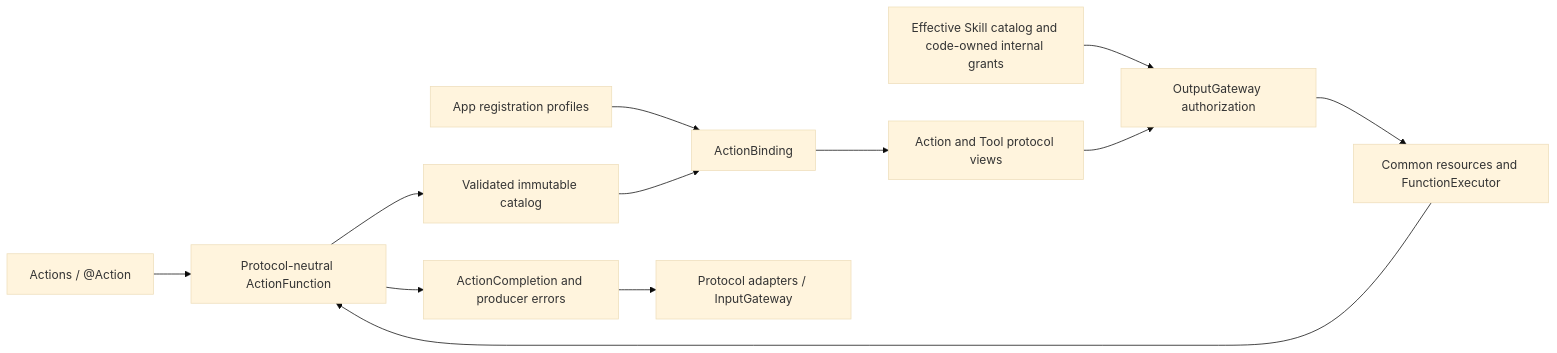
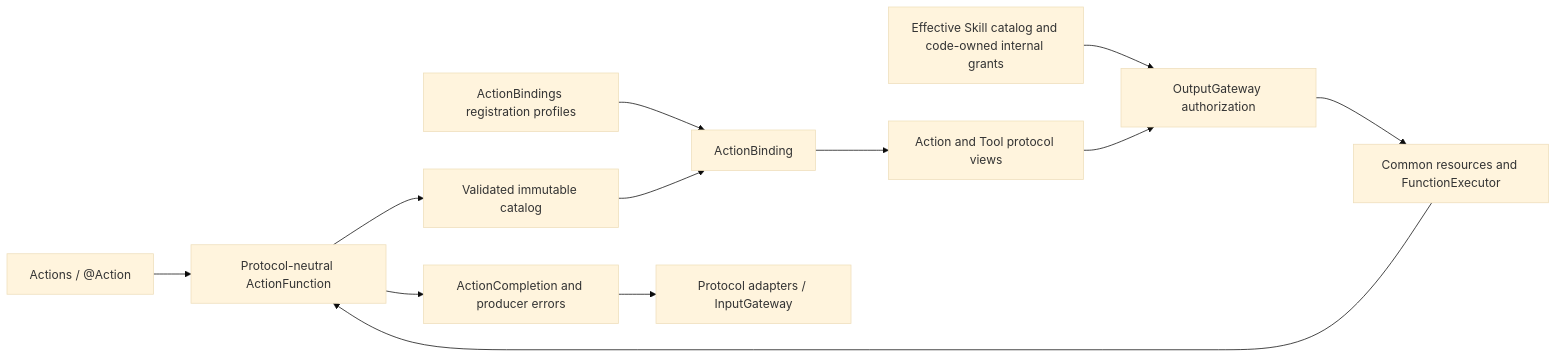
The eighth of 32 diagrams in MobileHarness/README.md (devilyouwei/MobileHarness), drawn with Mermaid (base theme) before and after one commit. The commit also changed other lines of this file and 254 other files, not shown here.

First line of the commit message:
refactor: isolate app composition and module bindings

````diff
--- a/MobileHarness/README.md
+++ b/MobileHarness/README.md
@@ -596,14 +560,14 @@
 ```mermaid
 flowchart LR
     Source["Actions / @Action"] --> Function[Protocol-neutral ActionFunction]
     Function --> Catalog[Validated immutable catalog]
-    Host[App registration profiles] --> Binding[ActionBinding]
+    Host[ActionBindings registration profiles] --> Binding[ActionBinding]
     Catalog --> Binding
     Binding --> Registry[Action and Tool protocol views]
     Grants[Effective Skill catalog and code-owned internal grants] --> Gateway[OutputGateway authorization]
     Registry --> Gateway
     Gateway --> Execute[Common resources and FunctionExecutor]
     Execute --> Function
     Function --> Outcome[ActionCompletion and producer errors]
     Outcome --> Feedback[Protocol adapters / InputGateway]
 ```
````
